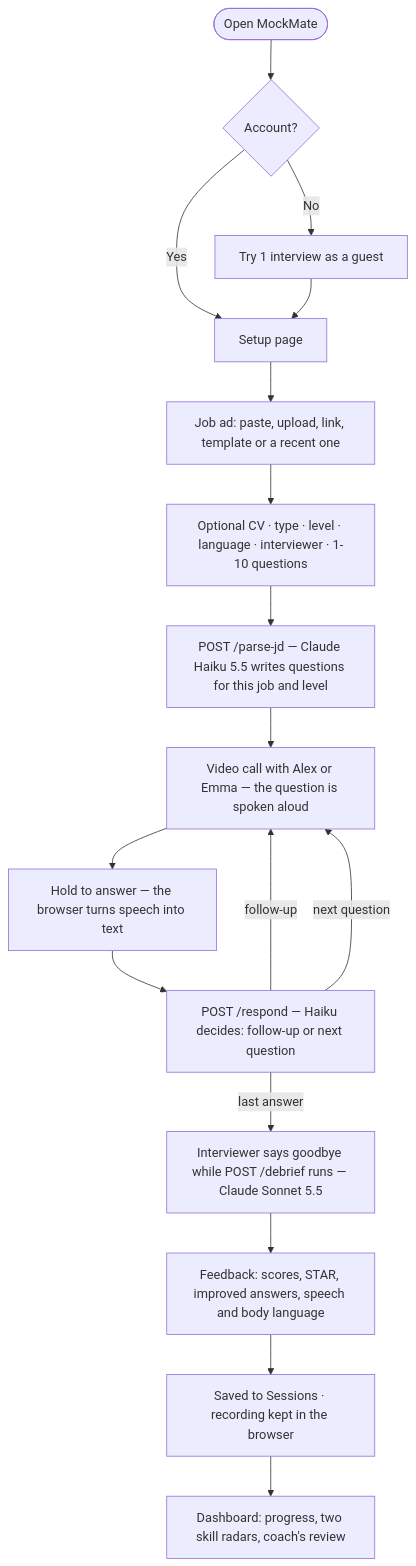
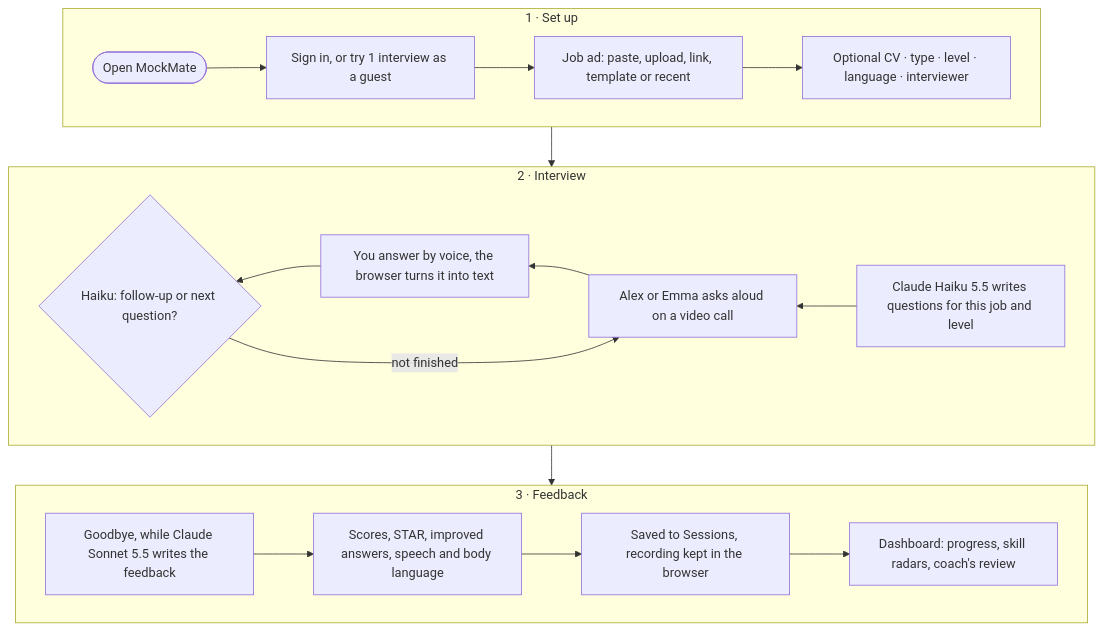
The diagram in README.md (VolodymyrSalenko/MockMate), drawn with Mermaid before and after one commit. The commit also changed 2 other files, not shown here.

Commit message:
docs: replace the old pitch with the new presentation; compact README diagram (#15)
- Remove MockMate_Pitch_v2.pptx and add the new presentation as a PDF.
- Redraw the "How it works" diagram as a three-row snake: set up, interview, feedback.

````diff
--- a/README.md
+++ b/README.md
@@ -11,22 +11,17 @@
 ```mermaid
-flowchart TD
-    A([Open MockMate]) --> B{Account?}
-    B -- No --> B1[Try 1 interview as a guest]
-    B -- Yes --> C[Setup page]
-    B1 --> C
-
-    C --> D[Job ad: paste, upload, link, template or a recent one]
-    D --> E[Optional CV · type · level · language · interviewer · 1-10 questions]
-    E --> F[POST /parse-jd — Claude Haiku 5.5 writes questions for this job and level]
-
-    F --> G[Video call with Alex or Emma — the question is spoken aloud]
-    G --> H[Hold to answer — the browser turns speech into text]
-    H --> I[POST /respond — Haiku decides: follow-up or next question]
-    I -- follow-up --> G
-    I -- next question --> G
-    I -- last answer --> J[Interviewer says goodbye while POST /debrief runs — Claude Sonnet 5.5]
-
-    J --> K[Feedback: scores, STAR, improved answers, speech and body language]
-    K --> L[Saved to Sessions · recording kept in the browser]
-    L --> M[Dashboard: progress, two skill radars, coach's review]
+flowchart TB
+    subgraph S1["1 · Set up"]
+        direction LR
+        A([Open MockMate]) --> B[Sign in, or try 1 interview as a guest] --> C["Job ad: paste, upload, link, template or recent"] --> D["Optional CV · type · level · language · interviewer"]
+    end
+    subgraph S2["2 · Interview"]
+        direction RL
+        E["Claude Haiku 5.5 writes questions for this job and level"] --> F[Alex or Emma asks aloud on a video call] --> G["You answer by voice, the browser turns it into text"] --> H{"Haiku: follow-up or next question?"}
+        H -- "not finished" --> F
+    end
+    subgraph S3["3 · Feedback"]
+        direction LR
+        I["Goodbye, while Claude Sonnet 5.5 writes the feedback"] --> J["Scores, STAR, improved answers, speech and body language"] --> K["Saved to Sessions, recording kept in the browser"] --> L[Dashboard: progress, skill radars, coach's review]
+    end
+    S1 --> S2 --> S3
 ```
````
